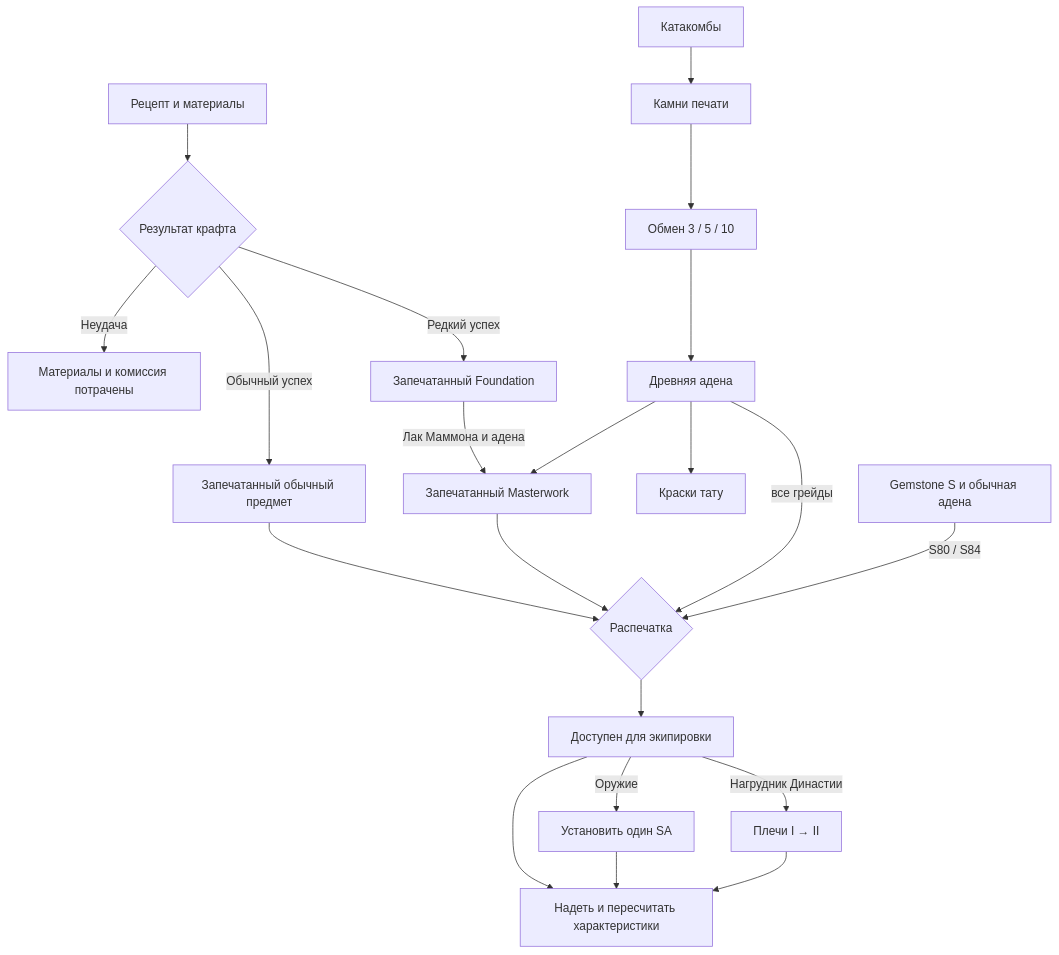
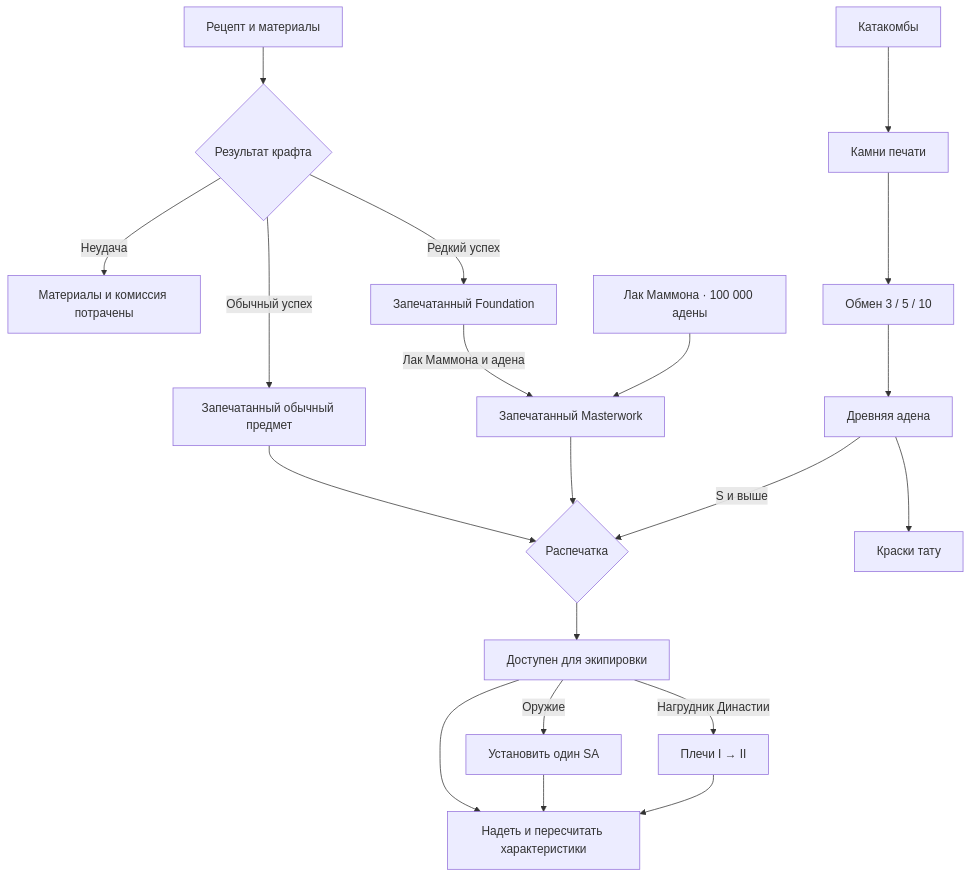
The diagram in docs/l2-equipment-economy-design.md (AmoneMisa/Genshin-Impact-tg-bot), drawn with Mermaid before and after one commit. The commit also changed other lines of this file and 8 other files, not shown here.

First line of the commit message:
design(economy): use the real High Five prices for unseal, masterwork and tattoos

````diff
--- a/docs/l2-equipment-economy-design.md
+++ b/docs/l2-equipment-economy-design.md
@@ -21,23 +21,22 @@
 ```mermaid
 flowchart TD
   Recipe[Рецепт и материалы] --> Craft{Результат крафта}
   Craft -->|Неудача| Spent[Материалы и комиссия потрачены]
   Craft -->|Обычный успех| Sealed[Запечатанный обычный предмет]
   Craft -->|Редкий успех| Foundation[Запечатанный Foundation]
   Foundation -->|Лак Маммона и адена| MW[Запечатанный Masterwork]
   Sealed --> Unseal{Распечатка}
   MW --> Unseal
   Cata[Катакомбы] --> Stones[Камни печати]
   Stones --> Exchange[Обмен 3 / 5 / 10]
   Exchange --> AA[Древняя адена]
-  AA -->|все грейды| Unseal
-  AA --> MW
+  AA -->|S и выше| Unseal
   AA --> Tattoo[Краски тату]
-  High[Gemstone S и обычная адена] -->|S80 / S84| Unseal
+  Varnish[Лак Маммона · 100 000 адены] --> MW
   Unseal --> Usable[Доступен для экипировки]
   Usable --> Equip[Надеть и пересчитать характеристики]
   Usable -->|Оружие| SA[Установить один SA]
   Usable -->|Нагрудник Династии| Shoulders[Плечи I → II]
   SA --> Equip
   Shoulders --> Equip
 ```
````
